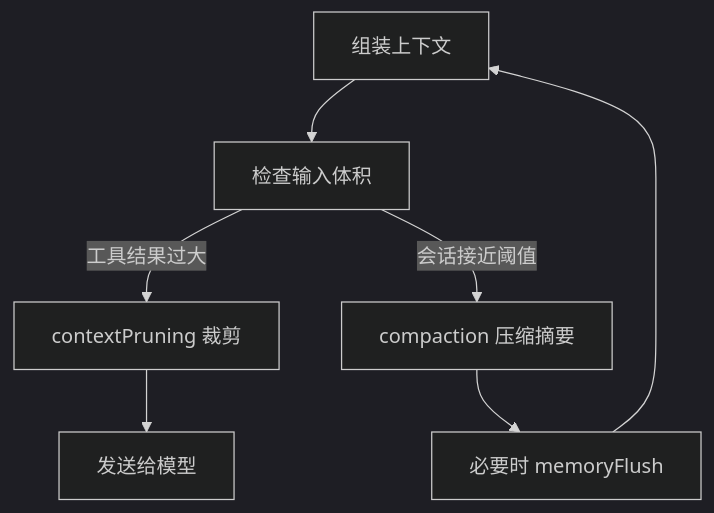
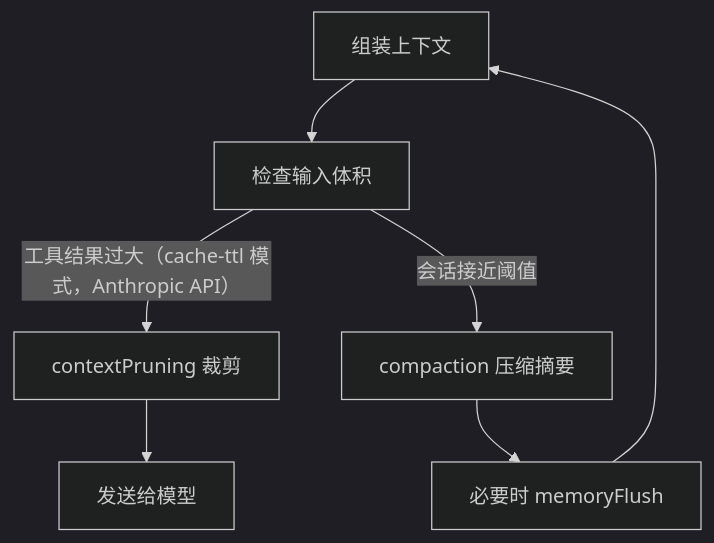
The diagram in 06_context_memory/6.4_compaction_pruning.md (yeasy/openclaw_guide), drawn with Mermaid (dark theme) before and after one commit. The commit also changed other lines of this file and 24 other files, not shown here.

````diff
--- a/06_context_memory/6.4_compaction_pruning.md
+++ b/06_context_memory/6.4_compaction_pruning.md
@@ -20,9 +23,9 @@
 ```mermaid
 flowchart TD
   A["组装上下文"] --> B["检查输入体积"]
-  B -->|"工具结果过大"| C["contextPruning 裁剪"]
+  B -->|"工具结果过大（cache-ttl 模式，Anthropic API）"| C["contextPruning 裁剪"]
   C --> D["发送给模型"]
   B -->|"会话接近阈值"| E["compaction 压缩摘要"]
   E --> F["必要时 memoryFlush"]
   F --> A
 ```
````
